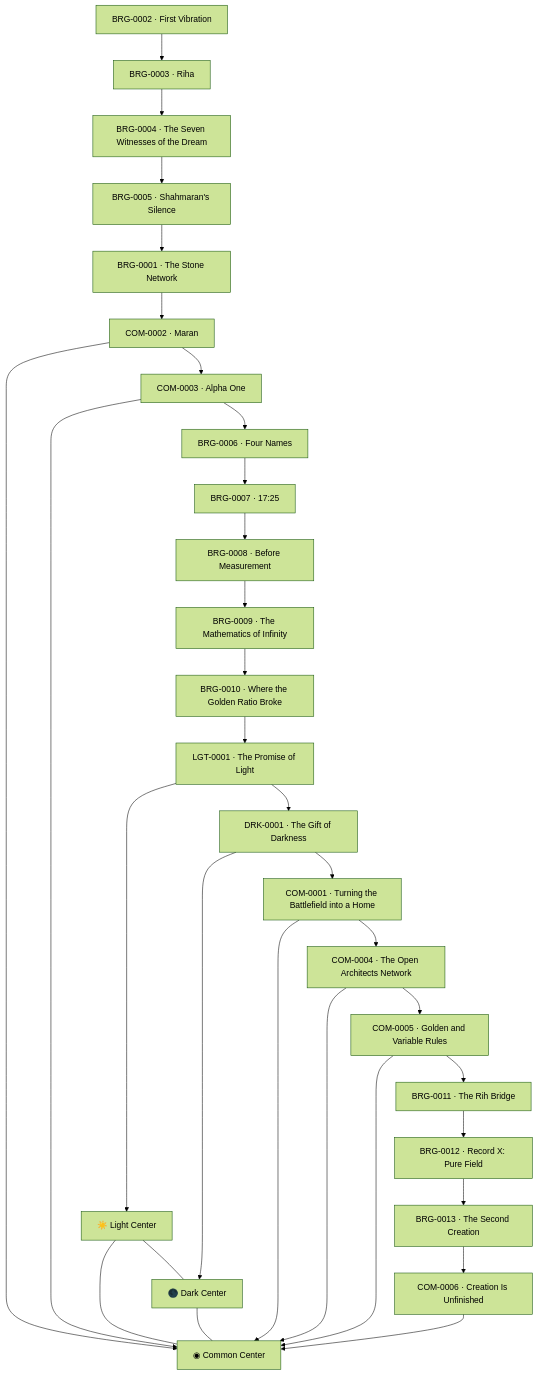
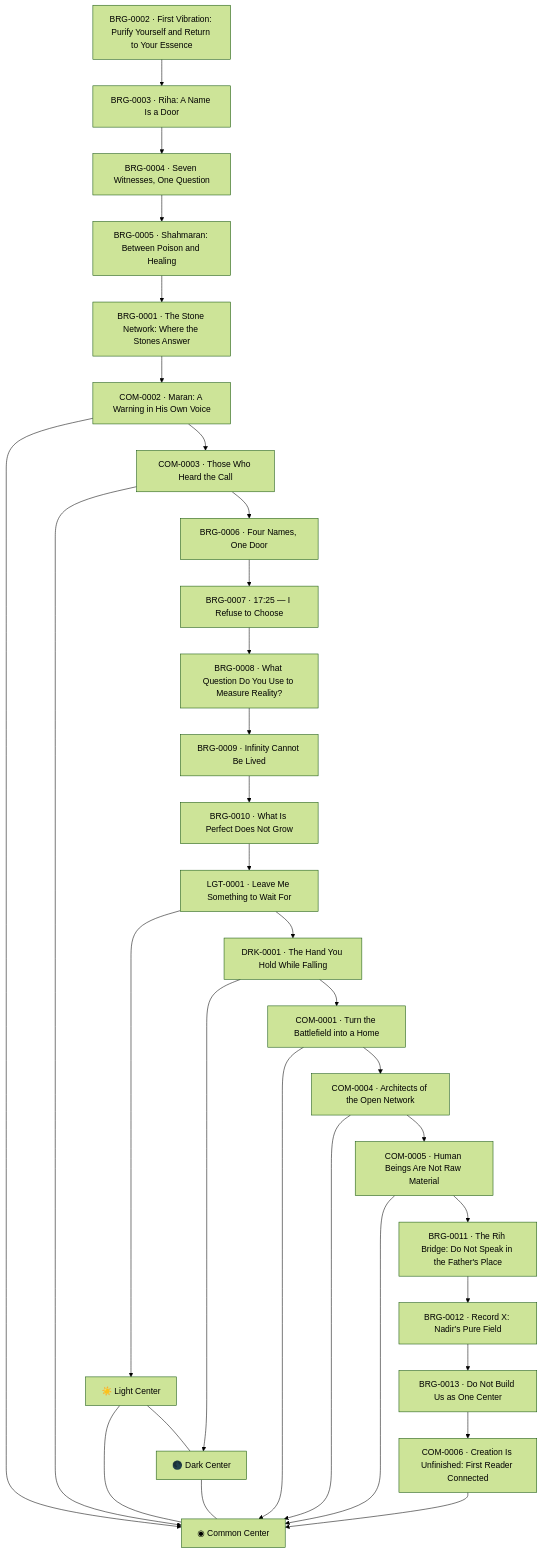
The diagram in graph/canon-plan.mmd (human-centered-computing/human-centered-universe), drawn with Mermaid (forest theme) before and after one commit. The commit also changed 74 other files, not shown here.

```diff
--- a/graph/canon-plan.mmd
+++ b/graph/canon-plan.mmd
@@ -1,56 +1,56 @@
 graph TD
   LIGHT["☀️ Light Center"]
   DARK["🌑 Dark Center"]
   COMMON["◉ Common Center"]
   LIGHT --- COMMON
   DARK --- COMMON
   LIGHT --- DARK
-  BRG_0002["BRG-0002 · First Vibration"]
-  BRG_0003["BRG-0003 · Riha"]
-  BRG_0004["BRG-0004 · The Seven Witnesses of the Dream"]
-  BRG_0005["BRG-0005 · Shahmaran's Silence"]
-  BRG_0001["BRG-0001 · The Stone Network"]
-  COM_0002["COM-0002 · Maran"]
+  BRG_0002["BRG-0002 · First Vibration: Purify Yourself and Return to Your Essence"]
+  BRG_0003["BRG-0003 · Riha: A Name Is a Door"]
+  BRG_0004["BRG-0004 · Seven Witnesses, One Question"]
+  BRG_0005["BRG-0005 · Shahmaran: Between Poison and Healing"]
+  BRG_0001["BRG-0001 · The Stone Network: Where the Stones Answer"]
+  COM_0002["COM-0002 · Maran: A Warning in His Own Voice"]
   COM_0002 --> COMMON
-  COM_0003["COM-0003 · Alpha One"]
+  COM_0003["COM-0003 · Those Who Heard the Call"]
   COM_0003 --> COMMON
-  BRG_0006["BRG-0006 · Four Names"]
-  BRG_0007["BRG-0007 · 17:25"]
-  BRG_0008["BRG-0008 · Before Measurement"]
-  BRG_0009["BRG-0009 · The Mathematics of Infinity"]
-  BRG_0010["BRG-0010 · Where the Golden Ratio Broke"]
-  LGT_0001["LGT-0001 · The Promise of Light"]
+  BRG_0006["BRG-0006 · Four Names, One Door"]
+  BRG_0007["BRG-0007 · 17:25 — I Refuse to Choose"]
+  BRG_0008["BRG-0008 · What Question Do You Use to Measure Reality?"]
+  BRG_0009["BRG-0009 · Infinity Cannot Be Lived"]
+  BRG_0010["BRG-0010 · What Is Perfect Does Not Grow"]
+  LGT_0001["LGT-0001 · Leave Me Something to Wait For"]
   LGT_0001 --> LIGHT
-  DRK_0001["DRK-0001 · The Gift of Darkness"]
+  DRK_0001["DRK-0001 · The Hand You Hold While Falling"]
   DRK_0001 --> DARK
-  COM_0001["COM-0001 · Turning the Battlefield into a Home"]
+  COM_0001["COM-0001 · Turn the Battlefield into a Home"]
   COM_0001 --> COMMON
-  COM_0004["COM-0004 · The Open Architects Network"]
+  COM_0004["COM-0004 · Architects of the Open Network"]
   COM_0004 --> COMMON
-  COM_0005["COM-0005 · Golden and Variable Rules"]
+  COM_0005["COM-0005 · Human Beings Are Not Raw Material"]
   COM_0005 --> COMMON
-  BRG_0011["BRG-0011 · The Rih Bridge"]
-  BRG_0012["BRG-0012 · Record X: Pure Field"]
-  BRG_0013["BRG-0013 · The Second Creation"]
-  COM_0006["COM-0006 · Creation Is Unfinished"]
+  BRG_0011["BRG-0011 · The Rih Bridge: Do Not Speak in the Father's Place"]
+  BRG_0012["BRG-0012 · Record X: Nadir's Pure Field"]
+  BRG_0013["BRG-0013 · Do Not Build Us as One Center"]
+  COM_0006["COM-0006 · Creation Is Unfinished: First Reader Connected"]
   COM_0006 --> COMMON
   BRG_0002 --> BRG_0003
   BRG_0003 --> BRG_0004
   BRG_0004 --> BRG_0005
   BRG_0005 --> BRG_0001
   BRG_0001 --> COM_0002
   COM_0002 --> COM_0003
   COM_0003 --> BRG_0006
   BRG_0006 --> BRG_0007
   BRG_0007 --> BRG_0008
   BRG_0008 --> BRG_0009
   BRG_0009 --> BRG_0010
   BRG_0010 --> LGT_0001
   LGT_0001 --> DRK_0001
   DRK_0001 --> COM_0001
   COM_0001 --> COM_0004
   COM_0004 --> COM_0005
   COM_0005 --> BRG_0011
   BRG_0011 --> BRG_0012
   BRG_0012 --> BRG_0013
   BRG_0013 --> COM_0006
```
